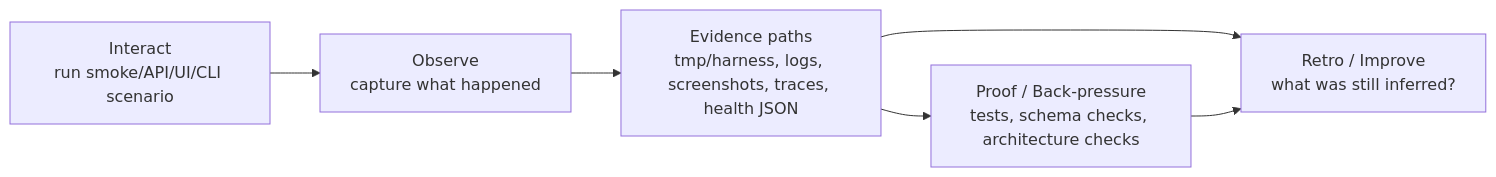
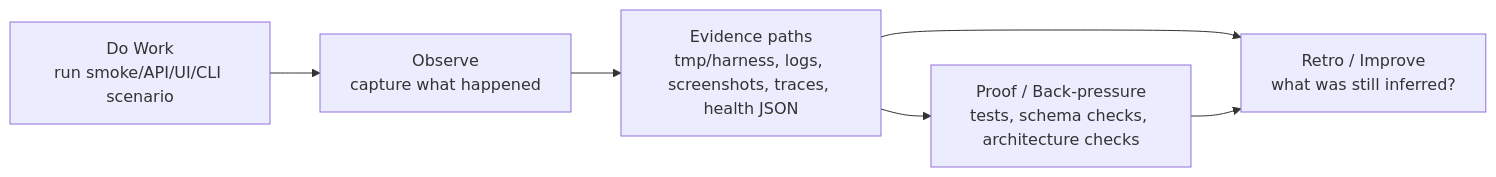
The second of 3 diagrams in skills/engineering-harness-setup/README.md (AI-Substrate/harness-engineering), drawn with Mermaid before and after one commit. The commit also changed other lines of this file and 26 other files, not shown here.

````diff
--- a/skills/engineering-harness-setup/README.md
+++ b/skills/engineering-harness-setup/README.md
@@ -98,13 +98,13 @@
 ```mermaid
 flowchart LR
-    I["Interact<br/>run smoke/API/UI/CLI scenario"]
+    I["Do Work<br/>run smoke/API/UI/CLI scenario"]
     O["Observe<br/>capture what happened"]
     E["Evidence paths<br/>tmp/harness, logs, screenshots, traces, health JSON"]
     P["Proof / Back-pressure<br/>tests, schema checks, architecture checks"]
     R["Retro / Improve<br/>what was still inferred?"]
 
     I --> O --> E
     E --> P
     E --> R
     P --> R
 ```
````
